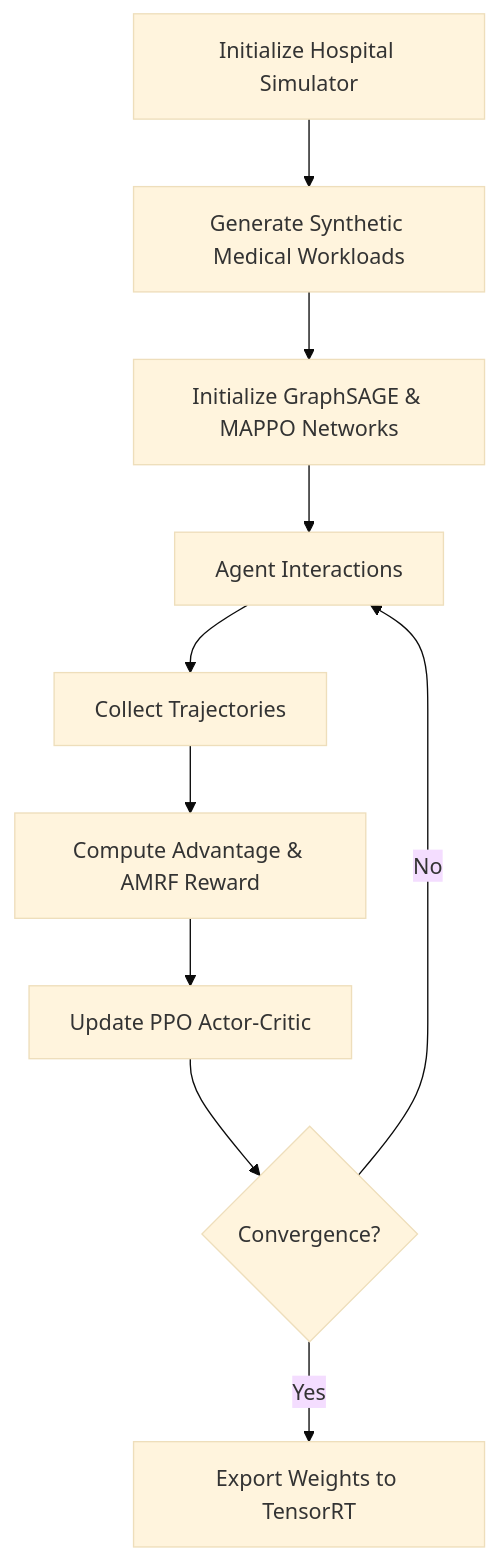
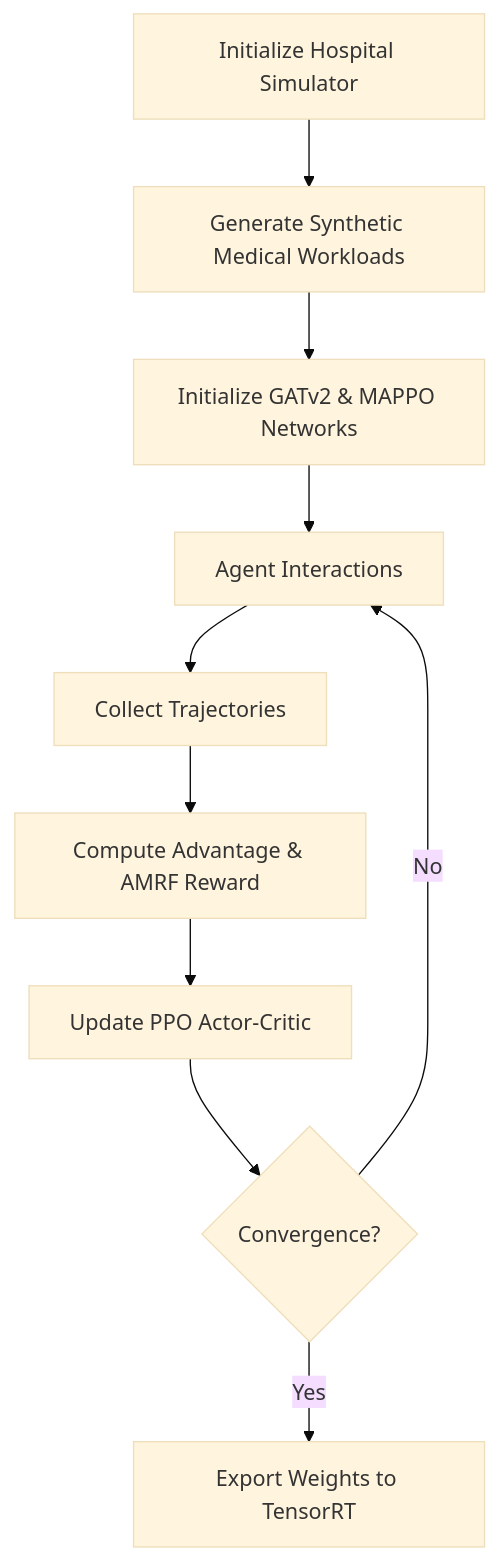
The third of 4 diagrams in README.md (Abhishek-2027/Graph-Neural-Multi-Agent-Reinforcement-Learning-for-Fully-Decentralized-Hospital-Edge-Intelligence), drawn with Mermaid (base theme) before and after one commit. The commit also changed other lines of this file and 27 other files, not shown here.

````diff
--- a/README.md
+++ b/README.md
@@ -261,12 +261,12 @@
 ```mermaid
 flowchart TD
     A[Initialize Hospital Simulator] --> B[Generate Synthetic Medical Workloads]
-    B --> C[Initialize GraphSAGE & MAPPO Networks]
+    B --> C[Initialize GATv2 & MAPPO Networks]
     C --> D[Agent Interactions]
     D --> E[Collect Trajectories]
     E --> F[Compute Advantage & AMRF Reward]
     F --> G[Update PPO Actor-Critic]
     G --> H{Convergence?}
     H -- Yes --> I[Export Weights to TensorRT]
     H -- No --> D
 ```
````
